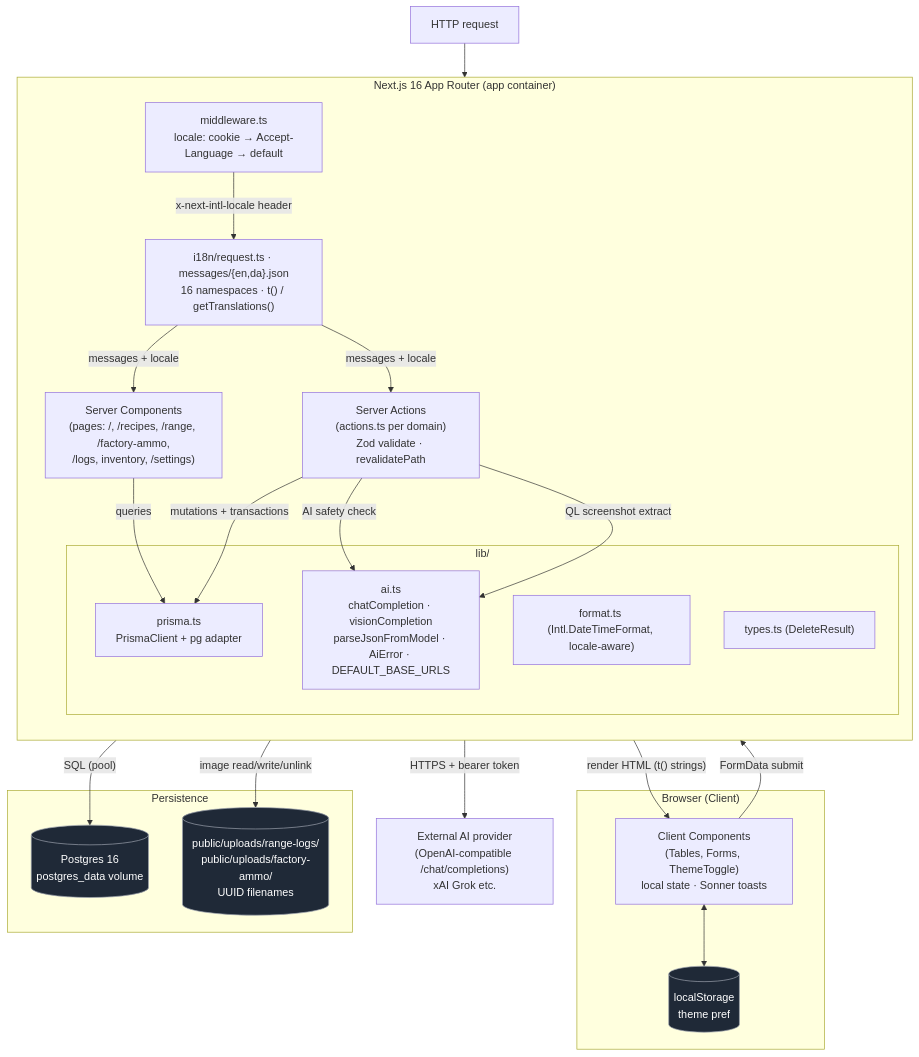
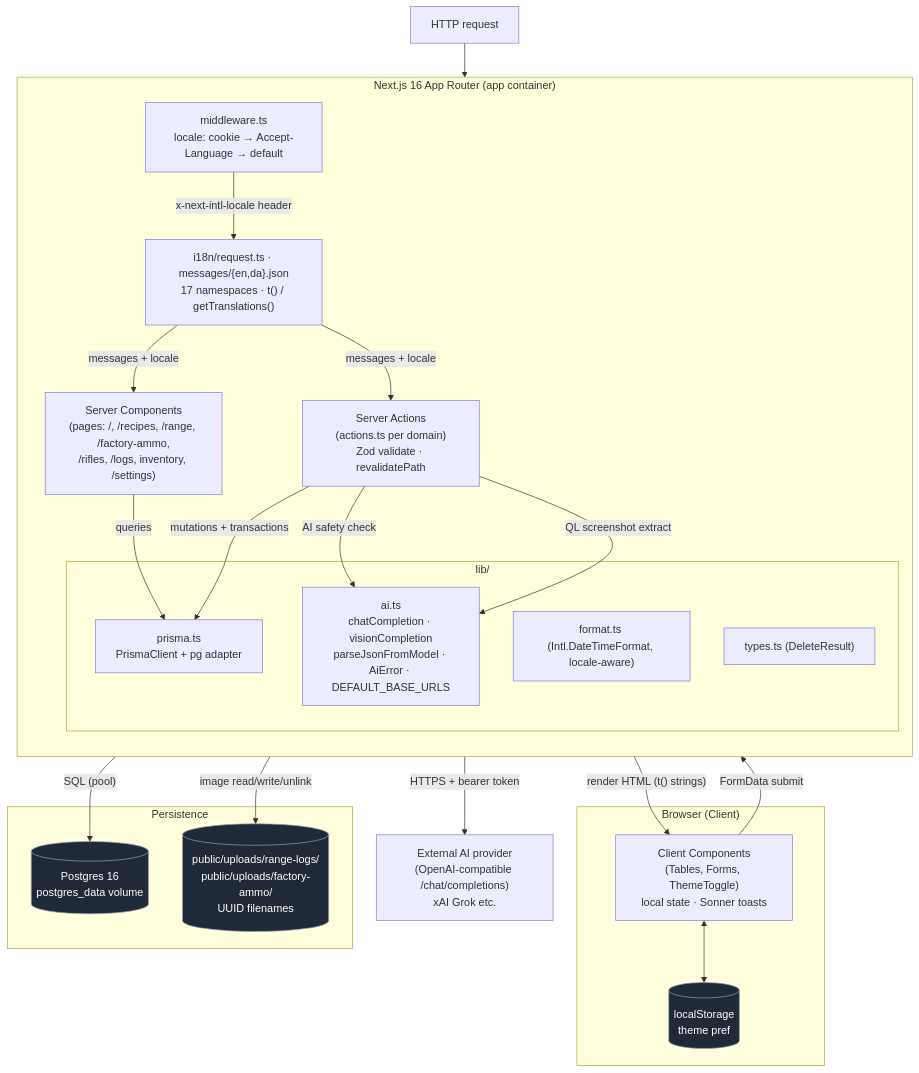
The first of 4 diagrams in docs/architecture.md (KennethEgholm/reloading), drawn with Mermaid before and after one commit. The commit also changed other lines of this file and 51 other files, not shown here.

First line of the commit message:
feat: add rifles and wire them into recipes, range sessions, and ballistics

````diff
--- a/docs/architecture.md
+++ b/docs/architecture.md
@@ -7,47 +7,47 @@
 ```mermaid
 graph TB
     subgraph Browser["Browser (Client)"]
         UI["Client Components<br/>(Tables, Forms, ThemeToggle)<br/>local state · Sonner toasts"]
         LS[("localStorage<br/>theme pref")]
     end
 
     subgraph Next["Next.js 16 App Router (app container)"]
         direction TB
         MW["middleware.ts<br/>locale: cookie → Accept-Language → default"]
-        I18N["i18n/request.ts · messages/{en,da}.json<br/>16 namespaces · t() / getTranslations()"]
-        SC["Server Components<br/>(pages: /, /recipes, /range, /factory-ammo,<br/>/logs, inventory, /settings)"]
+        I18N["i18n/request.ts · messages/{en,da}.json<br/>17 namespaces · t() / getTranslations()"]
+        SC["Server Components<br/>(pages: /, /recipes, /range, /factory-ammo,<br/>/rifles, /logs, inventory, /settings)"]
         SA["Server Actions<br/>(actions.ts per domain)<br/>Zod validate · revalidatePath"]
 
         subgraph Lib["lib/"]
             PRISMA["prisma.ts<br/>PrismaClient + pg adapter"]
             AI["ai.ts<br/>chatCompletion · visionCompletion<br/>parseJsonFromModel · AiError · DEFAULT_BASE_URLS"]
             FMT["format.ts (Intl.DateTimeFormat, locale-aware)"]
             TYP["types.ts (DeleteResult)"]
         end
     end
 
     subgraph Storage["Persistence"]
         PG[("Postgres 16<br/>postgres_data volume")]
         FILES[("public/uploads/range-logs/<br/>public/uploads/factory-ammo/<br/>UUID filenames")]
     end
 
     EXT["External AI provider<br/>(OpenAI-compatible /chat/completions)<br/>xAI Grok etc."]
 
     REQ["HTTP request"] --> MW
     MW -- "x-next-intl-locale header" --> I18N
     I18N -- "messages + locale" --> SC
     I18N -- "messages + locale" --> SA
     UI -- "FormData submit" --> SA
     SC -- "render HTML (t() strings)" --> UI
     UI <--> LS
     SC -- "queries" --> PRISMA
     SA -- "mutations + transactions" --> PRISMA
     SA -- "image read/write/unlink" --> FILES
     SA -- "AI safety check" --> AI
     SA -- "QL screenshot extract" --> AI
     AI -- "HTTPS + bearer token" --> EXT
     PRISMA -- "SQL (pool)" --> PG
 
     classDef store fill:#1f2937,stroke:#9ca3af,color:#fff;
     class PG,FILES,LS store;
 ```
````
